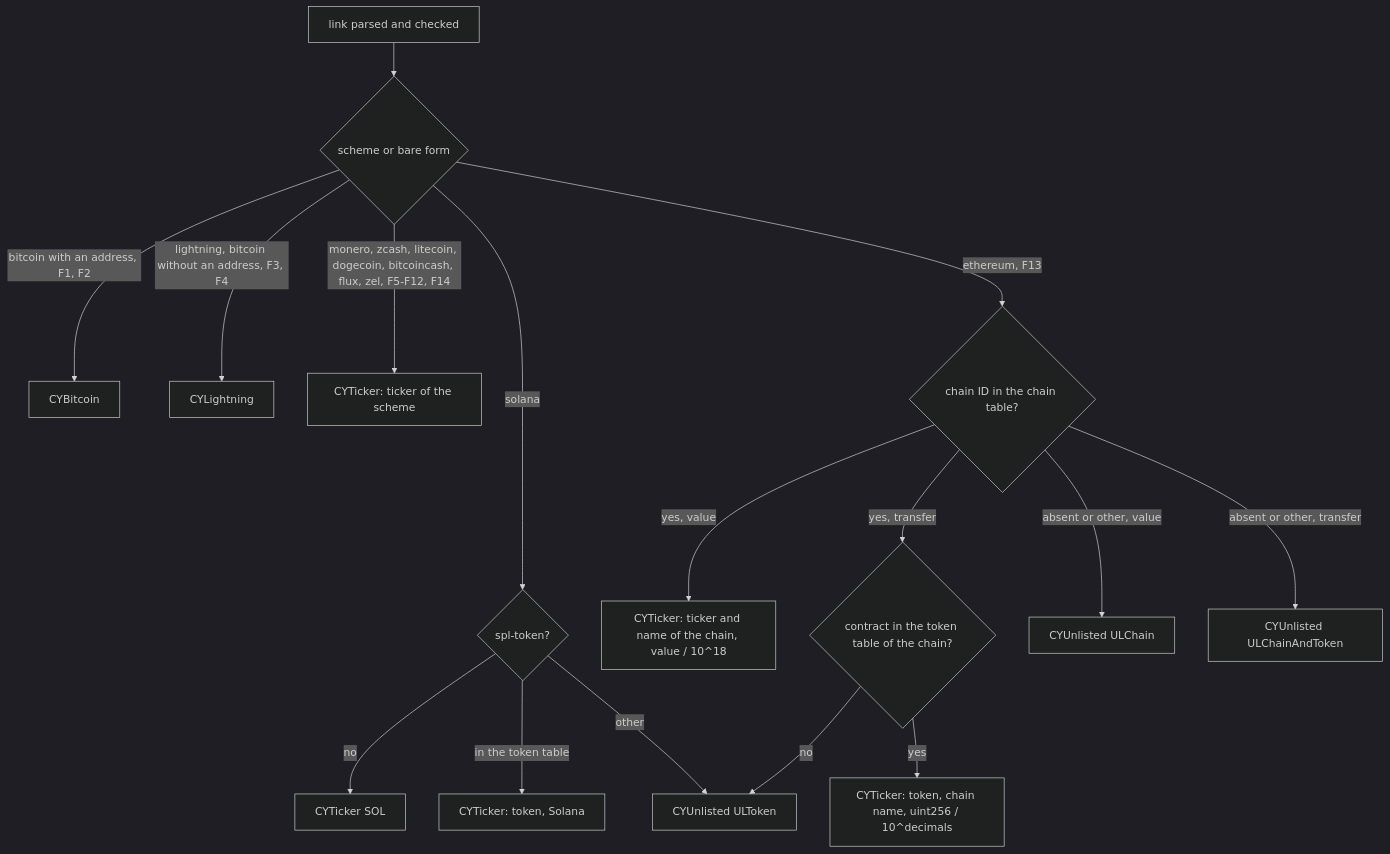
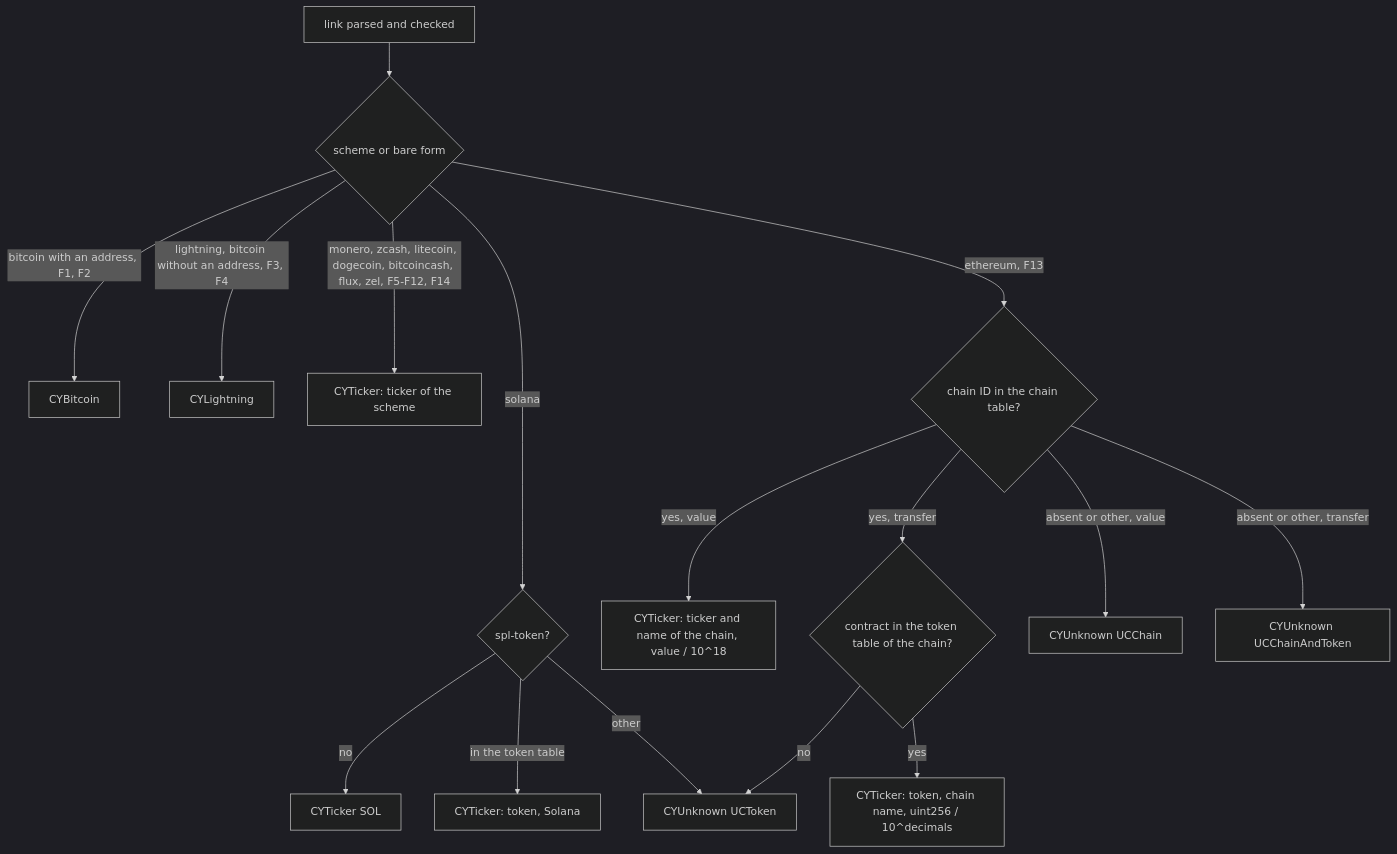
Before and after one commit to simplex-chat/simplex-chat: the third of 10 diagrams in plans/2026-11-22-payment-addresses.md, drawn with Mermaid (dark theme). The commit also changed other lines of this file and 10 other files, not shown here.

````diff
--- a/plans/2026-11-22-payment-addresses.md
+++ b/plans/2026-11-22-payment-addresses.md
@@ -435,18 +434,18 @@
 ```mermaid
 flowchart TD
   P["link parsed and checked"] --> S{"scheme or bare form"}
   S -->|"bitcoin with an address, F1, F2"| B["CYBitcoin"]
   S -->|"lightning, bitcoin without an address, F3, F4"| N["CYLightning"]
   S -->|"monero, zcash, litecoin, dogecoin, bitcoincash, flux, zel, F5-F12, F14"| T["CYTicker: ticker of the scheme"]
   S -->|solana| SP{"spl-token?"}
   SP -->|no| SOL["CYTicker SOL"]
   SP -->|"in the token table"| ST["CYTicker: token, Solana"]
-  SP -->|other| UT["CYUnlisted ULToken"]
+  SP -->|other| UT["CYUnknown UCToken"]
   S -->|"ethereum, F13"| C{"chain ID in the chain table?"}
   C -->|"yes, value"| CV["CYTicker: ticker and name of the chain, value / 10^18"]
   C -->|"yes, transfer"| K{"contract in the token table of the chain?"}
   K -->|yes| KT["CYTicker: token, chain name, uint256 / 10^decimals"]
   K -->|no| UT
-  C -->|"absent or other, value"| UC["CYUnlisted ULChain"]
-  C -->|"absent or other, transfer"| UCT["CYUnlisted ULChainAndToken"]
+  C -->|"absent or other, value"| UC["CYUnknown UCChain"]
+  C -->|"absent or other, transfer"| UCT["CYUnknown UCChainAndToken"]
 ```
````
